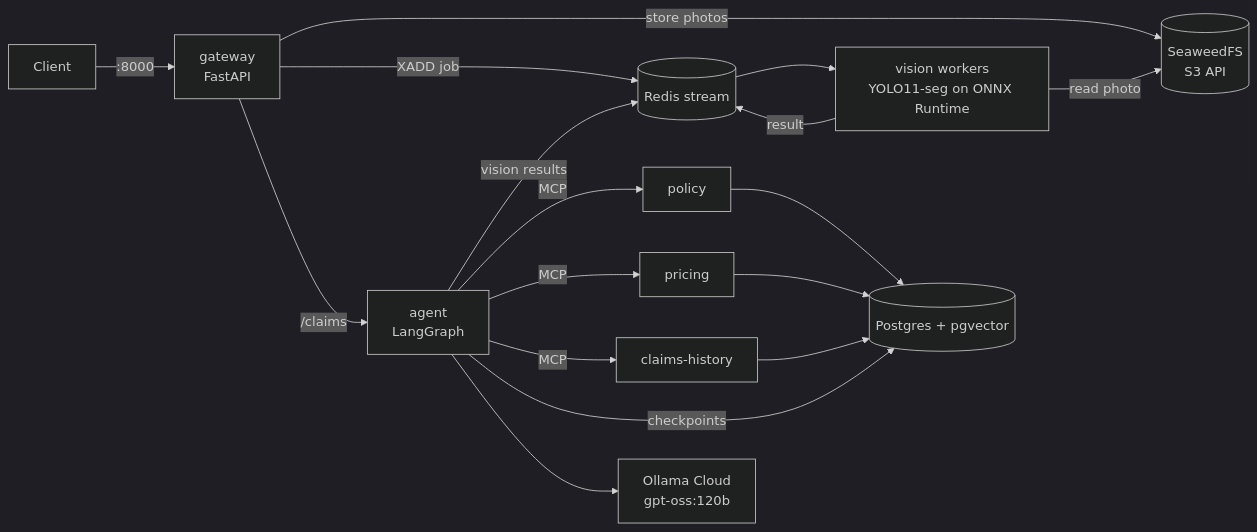
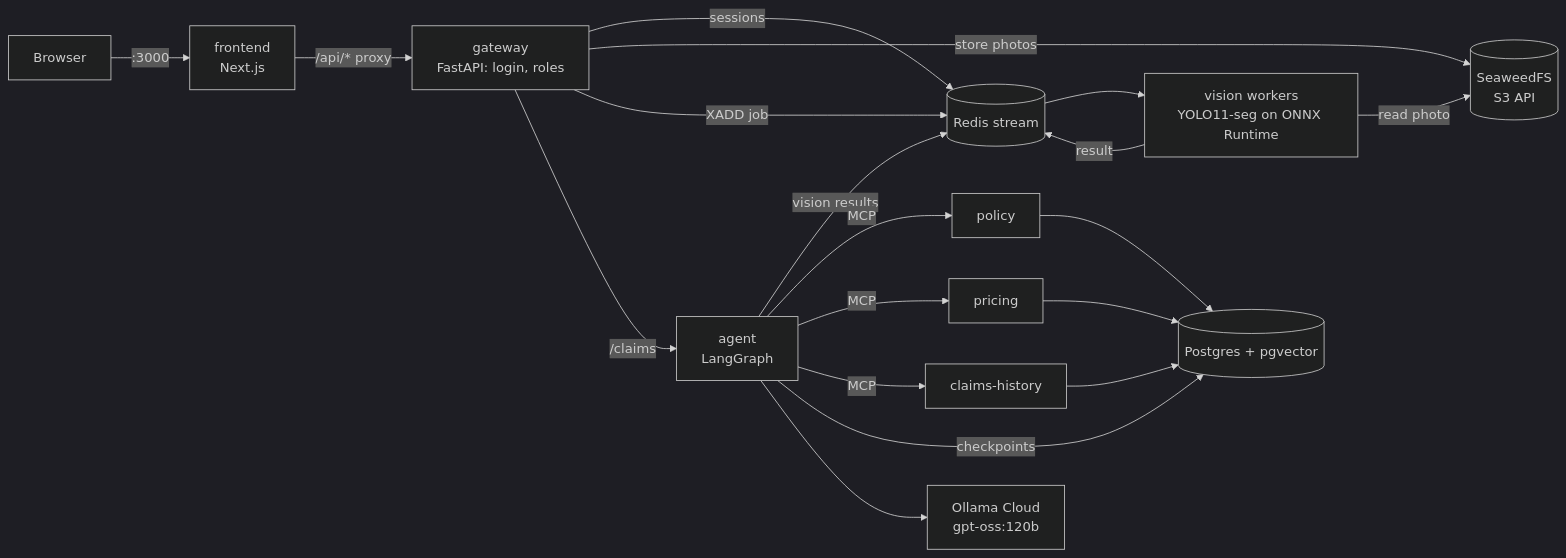
The diagram in README.md (AndrewRaj0510/ClaimLens), drawn with Mermaid (dark theme) before and after one commit. The commit also changed other lines of this file and 98 other files, not shown here.

````diff
--- a/README.md
+++ b/README.md
@@ -23,17 +23,19 @@
 ```mermaid
 flowchart LR
-    C[Client] -->|":8000"| GW[gateway<br/>FastAPI]
+    B[Browser] -->|":3000"| FE[frontend<br/>Next.js]
+    FE -->|"/api/* proxy"| GW[gateway<br/>FastAPI: login, roles]
+    GW -->|sessions| Q
     GW -->|store photos| S3[(SeaweedFS<br/>S3 API)]
     GW -->|XADD job| Q[(Redis stream)]
     Q --> VW[vision workers<br/>YOLO11-seg on ONNX Runtime]
     VW -->|read photo| S3
     VW -->|result| Q
     GW -->|/claims| AG[agent<br/>LangGraph]
     AG -->|vision results| Q
     AG -->|MCP| P[policy]
     AG -->|MCP| PR[pricing]
     AG -->|MCP| CH[claims-history]
     P & PR & CH --> PG[(Postgres + pgvector)]
     AG -->|checkpoints| PG
     AG --> LLM[Ollama Cloud<br/>gpt-oss:120b]
 ```
````
